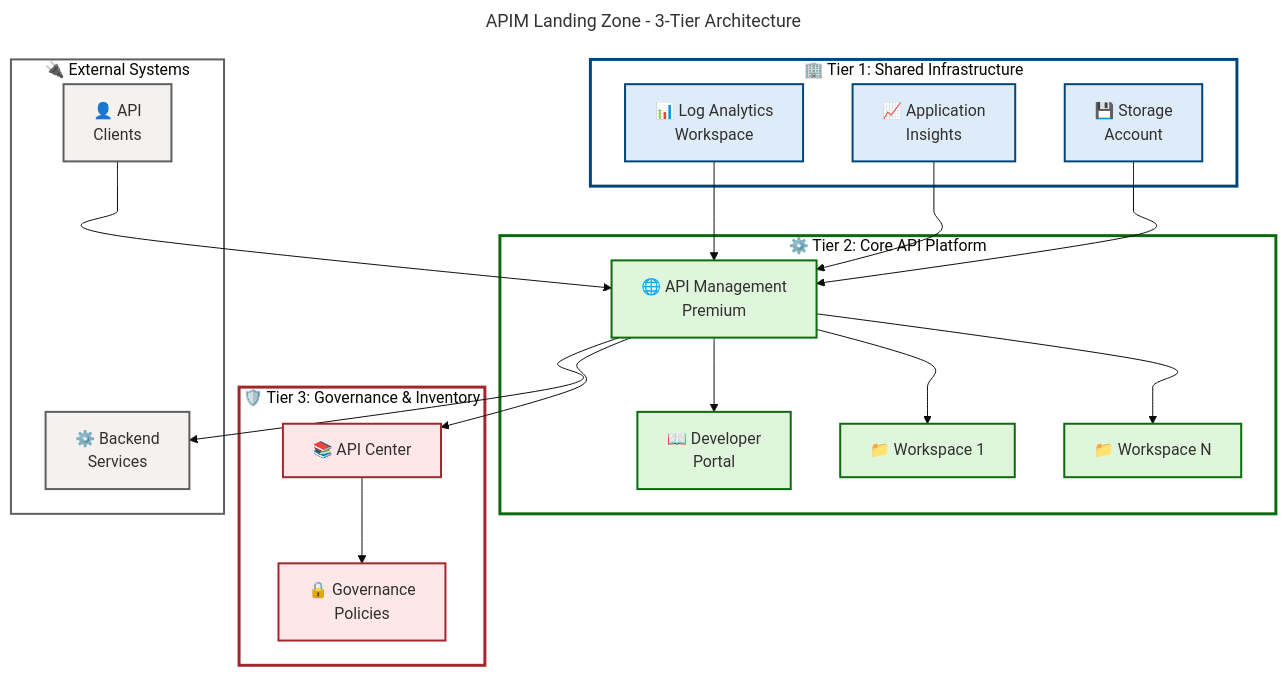
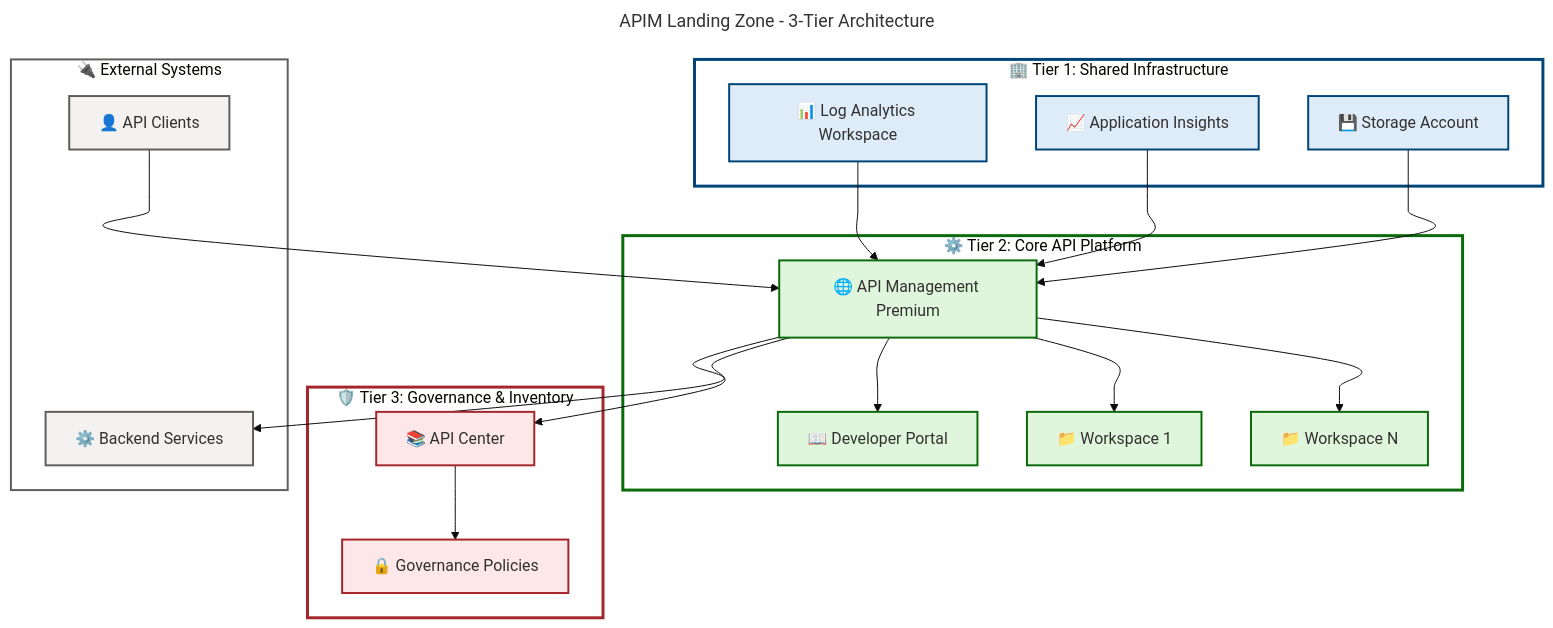
The diagram in README.md (Evilazaro/APIM-Accelerator), drawn with Mermaid before and after one commit.

Commit message:
Refactor flowchart in README.md to improve readability by removing line breaks in labels for shared infrastructure, core API platform, governance, and external systems.

```diff
--- a/README.md
+++ b/README.md
@@ -129,15 +129,15 @@
 
     %% Tier 1: Shared Infrastructure (Observability)
     subgraph tier1["🏢 Tier 1: Shared Infrastructure"]
-        LA["📊 Log Analytics<br/>Workspace"]:::azureBlue
-        AI["📈 Application<br/>Insights"]:::azureBlue
-        SA["💾 Storage<br/>Account"]:::azureBlue
+        LA["📊 Log Analytics Workspace"]:::azureBlue
+        AI["📈 Application Insights"]:::azureBlue
+        SA["💾 Storage Account"]:::azureBlue
     end
 
     %% Tier 2: Core API Platform
     subgraph tier2["⚙️ Tier 2: Core API Platform"]
-        APIM["🌐 API Management<br/>Premium"]:::azureGreen
-        DEV["📖 Developer<br/>Portal"]:::azureGreen
+        APIM["🌐 API Management Premium"]:::azureGreen
+        DEV["📖 Developer Portal"]:::azureGreen
         WS1["📁 Workspace 1"]:::azureGreen
         WS2["📁 Workspace N"]:::azureGreen
 
@@ -149,15 +149,15 @@
     %% Tier 3: Governance & Inventory
     subgraph tier3["🛡️ Tier 3: Governance & Inventory"]
         APIC["📚 API Center"]:::azureOrange
-        GOV["🔒 Governance<br/>Policies"]:::azureOrange
+        GOV["🔒 Governance Policies"]:::azureOrange
 
         APIC --> GOV
     end
 
     %% External Systems Integration
     subgraph external["🔌 External Systems"]
-        BACKEND["⚙️ Backend<br/>Services"]:::neutralGrey
-        CLIENT["👤 API<br/>Clients"]:::neutralGrey
+        BACKEND["⚙️ Backend Services"]:::neutralGrey
+        CLIENT["👤 API Clients"]:::neutralGrey
     end
 
     %% Cross-tier Data Flows
```
